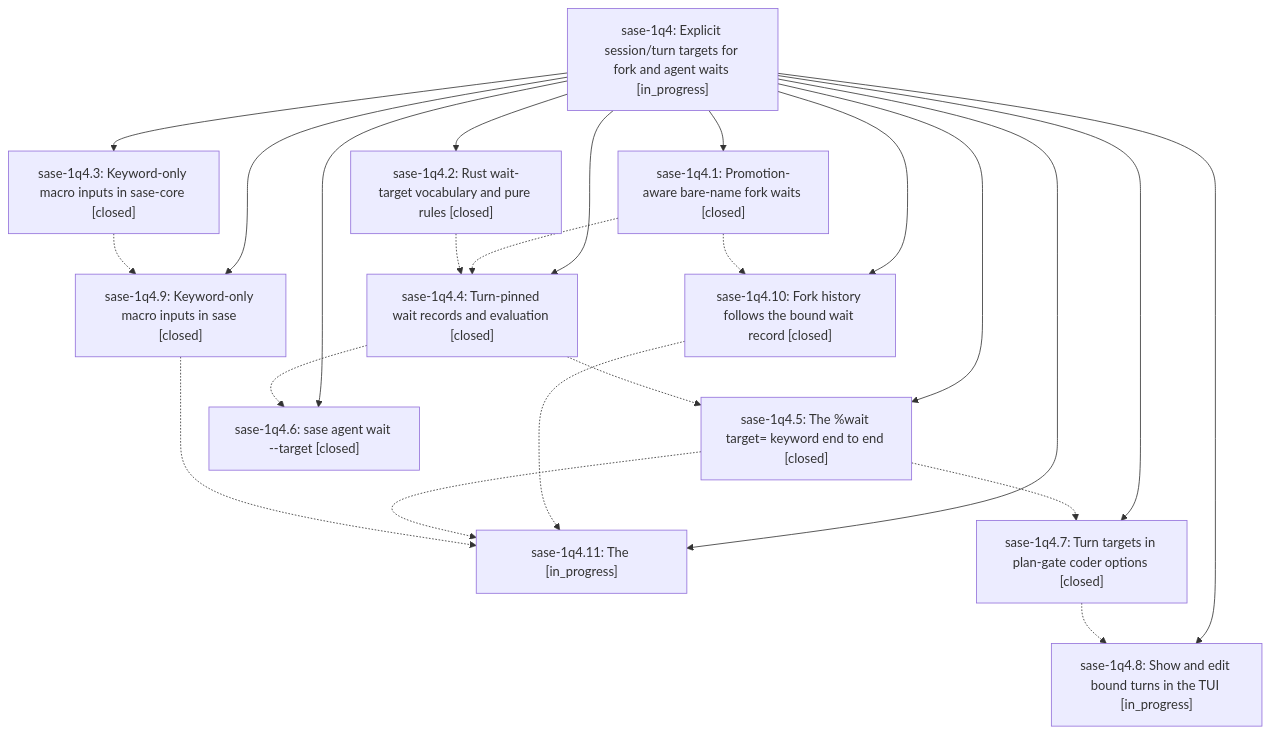
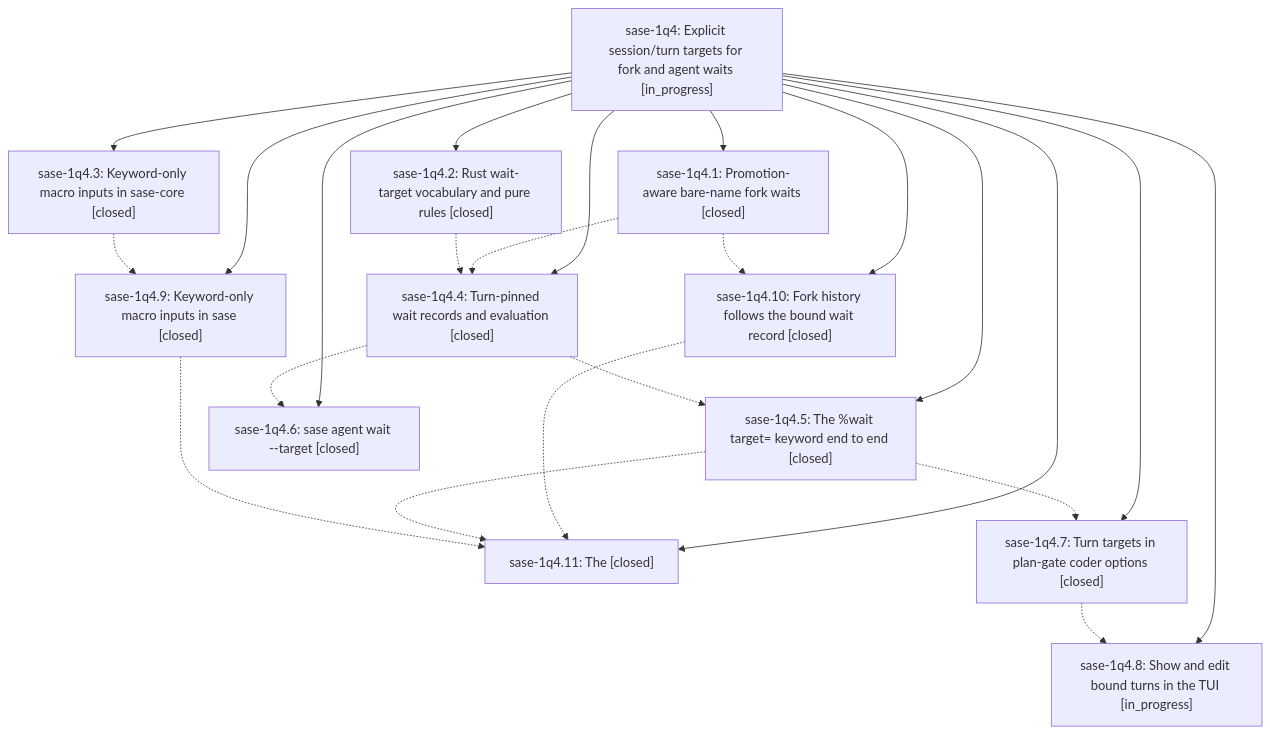
The diagram in pages/sase-1q4/README.md (sase-org/sase--beads), drawn with Mermaid before and after one commit. The commit also changed other lines of this file and 5 other files, not shown here.

````diff
--- a/pages/sase-1q4/README.md
+++ b/pages/sase-1q4/README.md
@@ -50,37 +50,37 @@
 ```mermaid
 flowchart TD
     n0["sase-1q4: Explicit session/turn targets for fork and agent waits [in_progress]"]
     n1["sase-1q4.1: Promotion-aware bare-name fork waits [closed]"]
     n2["sase-1q4.10: Fork history follows the bound wait record [closed]"]
-    n3["sase-1q4.11: The [in_progress]"]
+    n3["sase-1q4.11: The [closed]"]
     n4["sase-1q4.2: Rust wait-target vocabulary and pure rules [closed]"]
     n5["sase-1q4.3: Keyword-only macro inputs in sase-core [closed]"]
     n6["sase-1q4.4: Turn-pinned wait records and evaluation [closed]"]
     n7["sase-1q4.5: The %wait target= keyword end to end [closed]"]
     n8["sase-1q4.6: sase agent wait --target [closed]"]
     n9["sase-1q4.7: Turn targets in plan-gate coder options [closed]"]
     n10["sase-1q4.8: Show and edit bound turns in the TUI [in_progress]"]
     n11["sase-1q4.9: Keyword-only macro inputs in sase [closed]"]
     n0 --> n1
     n0 --> n2
     n0 --> n3
     n0 --> n4
     n0 --> n5
     n0 --> n6
     n0 --> n7
     n0 --> n8
     n0 --> n9
     n0 --> n10
     n0 --> n11
     n1 -.-> n2
     n1 -.-> n6
     n2 -.-> n3
     n4 -.-> n6
     n5 -.-> n11
     n6 -.-> n7
     n6 -.-> n8
     n7 -.-> n3
     n7 -.-> n9
     n9 -.-> n10
     n11 -.-> n3
 ```
````
